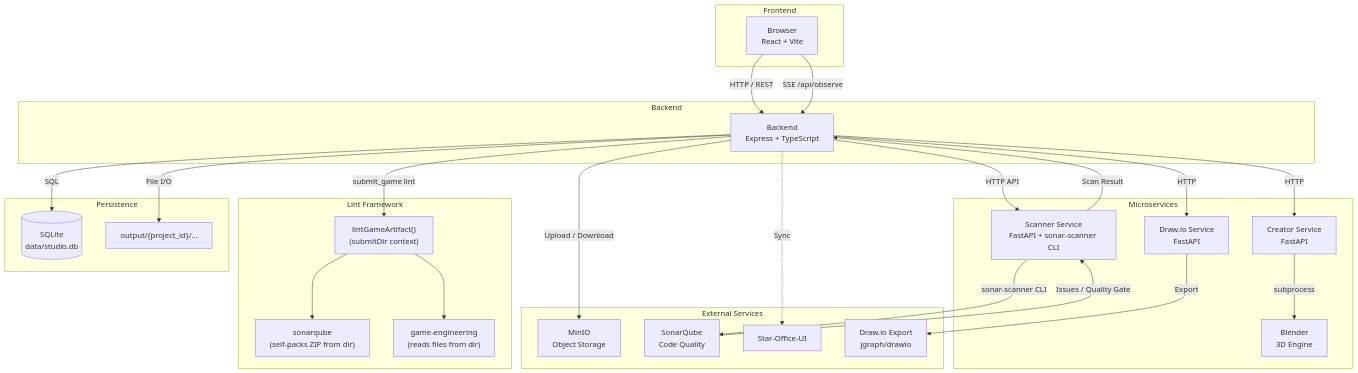
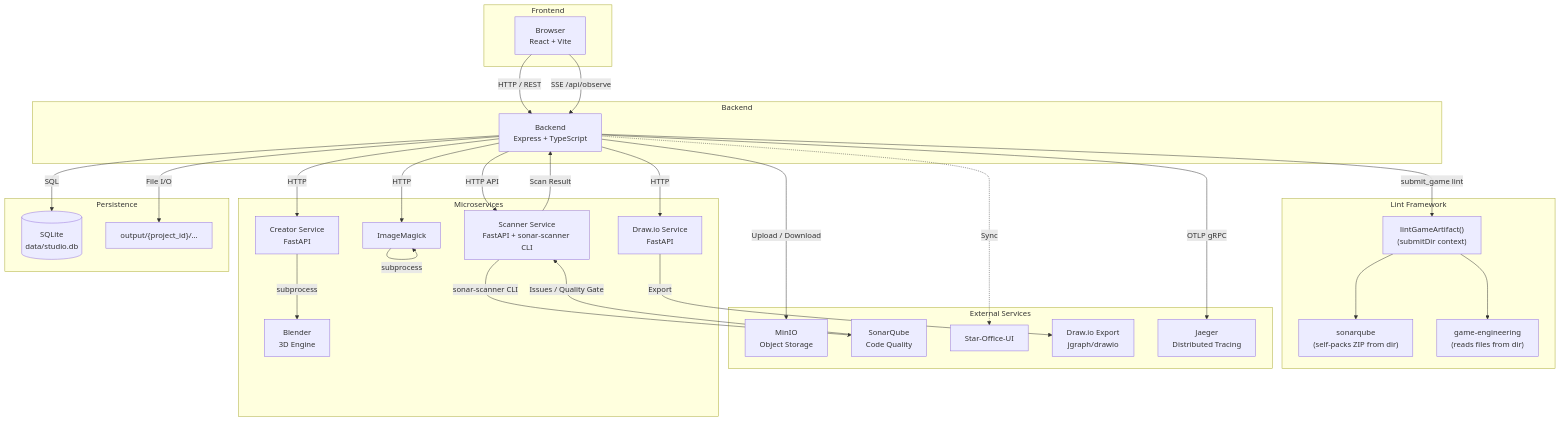
The diagram in docs/ARCHITECTURE.md (luoxiaojun1992/game-studio), drawn with Mermaid before and after one commit. The commit also changed other lines of this file and 11 other files, not shown here.

Commit message:
docs: SPEC-020 OpenTelemetry distributed tracing spec (#130)

````diff
--- a/docs/ARCHITECTURE.md
+++ b/docs/ARCHITECTURE.md
@@ -18,56 +18,61 @@
 ```mermaid
 graph TB
     subgraph "Frontend"
         Browser["Browser<br/>React + Vite"]
     end
 
     subgraph "Backend"
         BE["Backend<br/>Express + TypeScript"]
     end
 
     subgraph "Lint Framework"
         LintRunner["lintGameArtifact()<br/>(submitDir context)"]
         SonarChecker["sonarqube<br/>(self-packs ZIP from dir)"]
         GameEngChecker["game-engineering<br/>(reads files from dir)"]
     end
 
     subgraph "External Services"
         MinIO["MinIO<br/>Object Storage"]
         Sonar["SonarQube<br/>Code Quality"]
         StarOffice["Star-Office-UI"]
         DrawioExport["Draw.io Export<br/>jgraph/drawio"]
+        Jaeger["Jaeger<br/>Distributed Tracing"]
     end
 
     subgraph "Microservices"
         Creator["Creator Service<br/>FastAPI"]
         Blender["Blender<br/>3D Engine"]
+        Image["Image Service<br/>FastAPI + ImageMagick"]
         Drawio["Draw.io Service<br/>FastAPI"]
         Scanner["Scanner Service<br/>FastAPI + sonar-scanner CLI"]
     end
 
     subgraph "Persistence"
         SQLite[("SQLite<br/>data/studio.db")]
         Output["output/{project_id}/..."]
     end
 
     Browser -->|HTTP / REST| BE
     Browser -->|SSE /api/observe| BE
 
     BE -->|HTTP| Creator
+    BE -->|HTTP| Image
     BE -->|HTTP| Drawio
     BE -->|Upload / Download| MinIO
     BE -->|SQL| SQLite
     BE -->|File I/O| Output
     BE -->|submit_game lint| LintRunner
     BE -->|HTTP API| Scanner
     BE -.->|Sync| StarOffice
+    BE -->|OTLP gRPC| Jaeger
     Creator -->|subprocess| Blender
     Drawio -->|Export| DrawioExport
+    Image -->|subprocess| Image["ImageMagick"]
 
     LintRunner --> SonarChecker
     LintRunner --> GameEngChecker
 
     Scanner -->|sonar-scanner CLI| Sonar
     Sonar -->|Issues / Quality Gate| Scanner
     Scanner -->|Scan Result| BE
 ```
````
